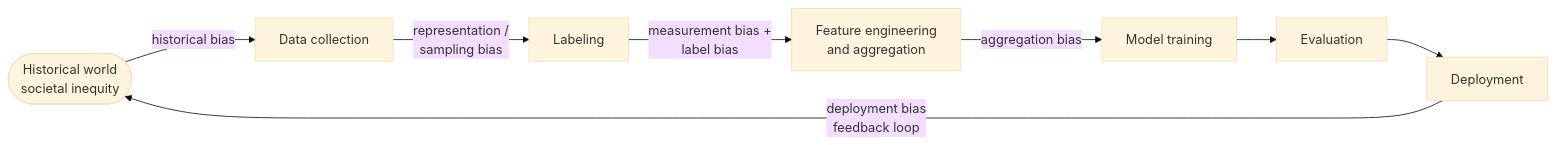
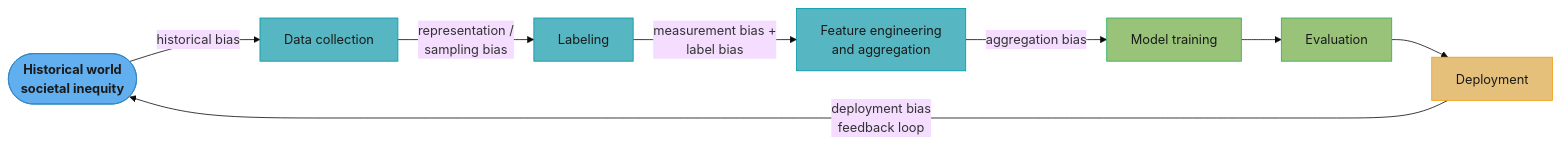
The third of 3 diagrams in src/main/java/com/rutik/systemdesign/ml/fairness_and_responsible_ai/fairness_and_responsible_ai.md (rppol/system-design), drawn with Mermaid (base theme) before and after one commit. The commit also changed other lines of this file and 38 other files, not shown here.

````diff
--- a/src/main/java/com/rutik/systemdesign/ml/fairness_and_responsible_ai/fairness_and_responsible_ai.md
+++ b/src/main/java/com/rutik/systemdesign/ml/fairness_and_responsible_ai/fairness_and_responsible_ai.md
@@ -201,10 +226,23 @@
 ```mermaid
 flowchart LR
+    classDef io      fill:#61afef,stroke:#2e86c1,color:#1a1a1a,font-weight:bold
+    classDef frozen  fill:#c678dd,stroke:#9b59b6,color:#fff
+    classDef train   fill:#98c379,stroke:#27ae60,color:#1a1a1a
+    classDef mathOp  fill:#d19a66,stroke:#e67e22,color:#1a1a1a,font-weight:bold
+    classDef lossN   fill:#e06c75,stroke:#c0392b,color:#fff,font-weight:bold
+    classDef req     fill:#56b6c2,stroke:#0097a7,color:#1a1a1a
+    classDef base    fill:#e5c07b,stroke:#f39c12,color:#1a1a1a
+
     world(["Historical world\nsocietal inequity"]) -->|"historical bias"| collect["Data collection"]
     collect -->|"representation /\nsampling bias"| labelst["Labeling"]
     labelst -->|"measurement bias +\nlabel bias"| feat["Feature engineering\nand aggregation"]
     feat -->|"aggregation bias"| trainm["Model training"]
     trainm --> evalm["Evaluation"]
     evalm --> deploy["Deployment"]
     deploy -->|"deployment bias\nfeedback loop"| world
+
+    class world io
+    class collect,labelst,feat req
+    class trainm,evalm train
+    class deploy base
 ```
````
